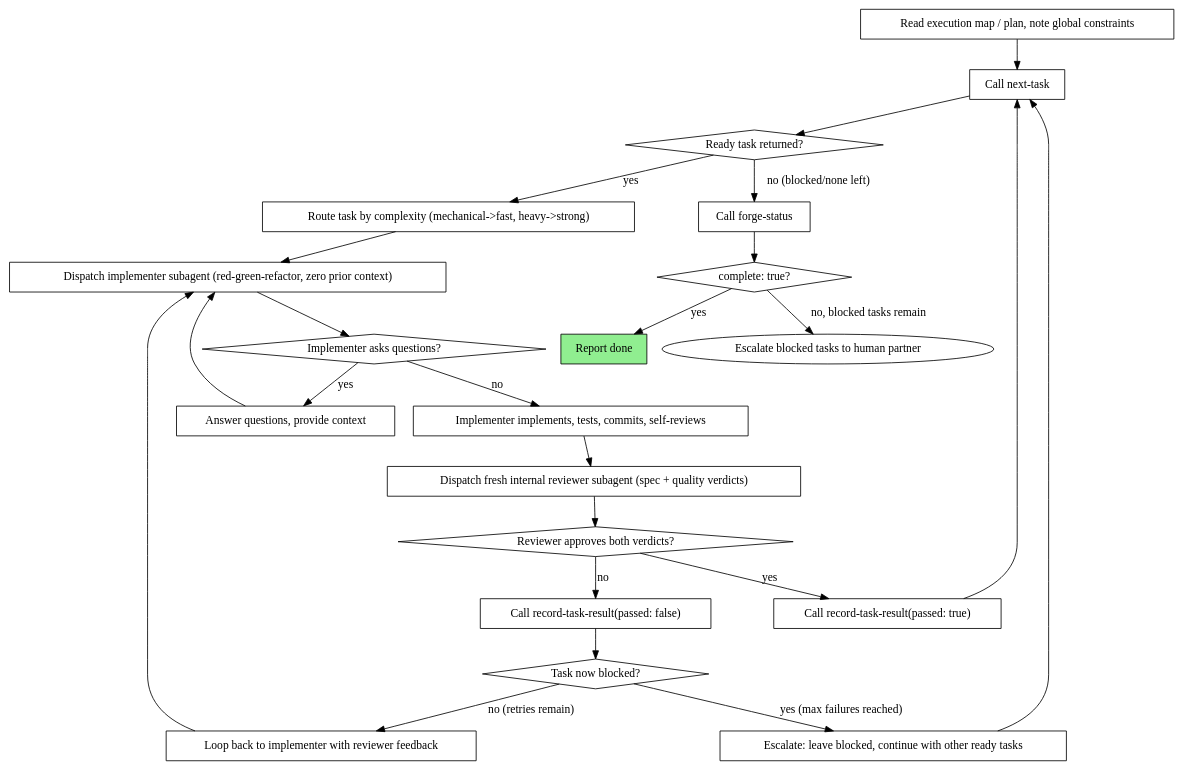
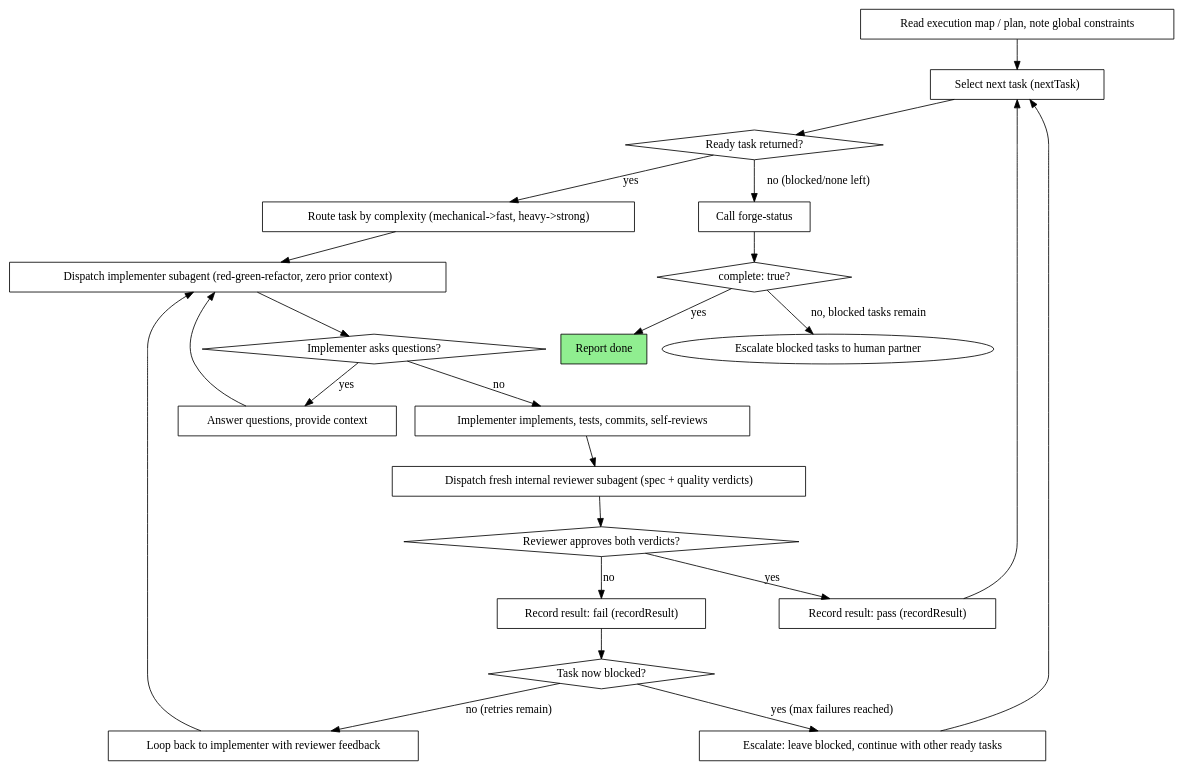
Before and after one commit to anupam20sep/superspec: the diagram in content/skills/superspec-forge/SKILL.md, drawn with Graphviz. The commit also changed other lines of this file, not shown here.

Commit message:
content: correct superspec-forge to accurately describe next-task/record-task-result as library functions, not exposed tools (review finding)

````diff
--- a/content/skills/superspec-forge/SKILL.md
+++ b/content/skills/superspec-forge/SKILL.md
@@ -41,47 +43,47 @@
 ```dot
 digraph process {
     rankdir=TB;
 
     "Read execution map / plan, note global constraints" [shape=box];
-    "Call next-task" [shape=box];
+    "Select next task (nextTask)" [shape=box];
     "Ready task returned?" [shape=diamond];
     "Route task by complexity (mechanical->fast, heavy->strong)" [shape=box];
     "Dispatch implementer subagent (red-green-refactor, zero prior context)" [shape=box];
     "Implementer asks questions?" [shape=diamond];
     "Answer questions, provide context" [shape=box];
     "Implementer implements, tests, commits, self-reviews" [shape=box];
     "Dispatch fresh internal reviewer subagent (spec + quality verdicts)" [shape=box];
     "Reviewer approves both verdicts?" [shape=diamond];
-    "Call record-task-result(passed: false)" [shape=box];
+    "Record result: fail (recordResult)" [shape=box];
     "Task now blocked?" [shape=diamond];
     "Escalate: leave blocked, continue with other ready tasks" [shape=box];
     "Loop back to implementer with reviewer feedback" [shape=box];
-    "Call record-task-result(passed: true)" [shape=box];
+    "Record result: pass (recordResult)" [shape=box];
     "Call forge-status" [shape=box];
     "complete: true?" [shape=diamond];
     "Report done" [shape=box style=filled fillcolor=lightgreen];
 
-    "Read execution map / plan, note global constraints" -> "Call next-task";
-    "Call next-task" -> "Ready task returned?";
+    "Read execution map / plan, note global constraints" -> "Select next task (nextTask)";
+    "Select next task (nextTask)" -> "Ready task returned?";
     "Ready task returned?" -> "Route task by complexity (mechanical->fast, heavy->strong)" [label="yes"];
     "Ready task returned?" -> "Call forge-status" [label="no (blocked/none left)"];
     "Route task by complexity (mechanical->fast, heavy->strong)" -> "Dispatch implementer subagent (red-green-refactor, zero prior context)";
     "Dispatch implementer subagent (red-green-refactor, zero prior context)" -> "Implementer asks questions?";
     "Implementer asks questions?" -> "Answer questions, provide context" [label="yes"];
     "Answer questions, provide context" -> "Dispatch implementer subagent (red-green-refactor, zero prior context)";
     "Implementer asks questions?" -> "Implementer implements, tests, commits, self-reviews" [label="no"];
     "Implementer implements, tests, commits, self-reviews" -> "Dispatch fresh internal reviewer subagent (spec + quality verdicts)";
     "Dispatch fresh internal reviewer subagent (spec + quality verdicts)" -> "Reviewer approves both verdicts?";
-    "Reviewer approves both verdicts?" -> "Call record-task-result(passed: false)" [label="no"];
-    "Call record-task-result(passed: false)" -> "Task now blocked?";
+    "Reviewer approves both verdicts?" -> "Record result: fail (recordResult)" [label="no"];
+    "Record result: fail (recordResult)" -> "Task now blocked?";
     "Task now blocked?" -> "Escalate: leave blocked, continue with other ready tasks" [label="yes (max failures reached)"];
     "Task now blocked?" -> "Loop back to implementer with reviewer feedback" [label="no (retries remain)"];
     "Loop back to implementer with reviewer feedback" -> "Dispatch implementer subagent (red-green-refactor, zero prior context)";
-    "Reviewer approves both verdicts?" -> "Call record-task-result(passed: true)" [label="yes"];
-    "Call record-task-result(passed: true)" -> "Call next-task";
-    "Escalate: leave blocked, continue with other ready tasks" -> "Call next-task";
+    "Reviewer approves both verdicts?" -> "Record result: pass (recordResult)" [label="yes"];
+    "Record result: pass (recordResult)" -> "Select next task (nextTask)";
+    "Escalate: leave blocked, continue with other ready tasks" -> "Select next task (nextTask)";
     "Call forge-status" -> "complete: true?";
     "complete: true?" -> "Report done" [label="yes"];
     "complete: true?" -> "Escalate blocked tasks to human partner" [label="no, blocked tasks remain" shape=box];
 }
 ```
````
